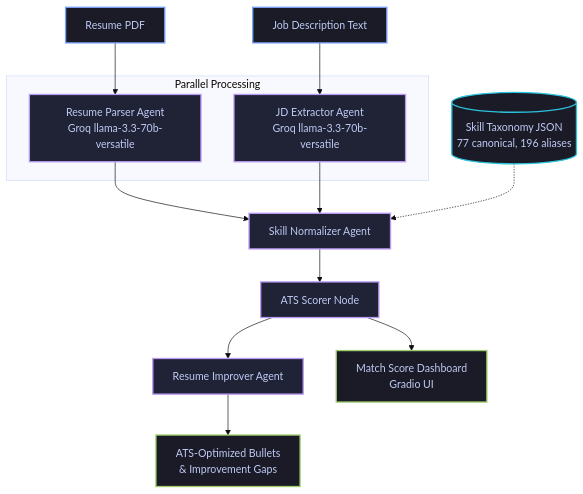
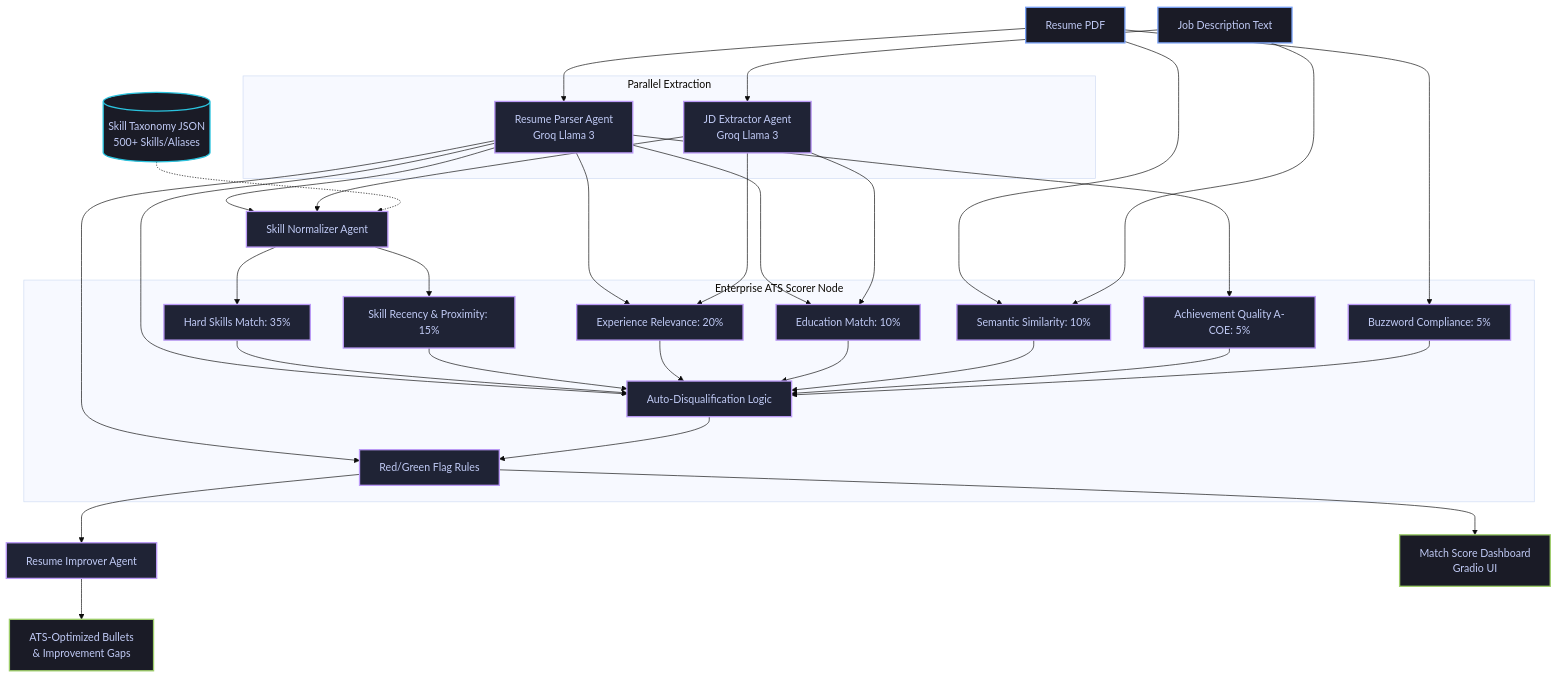
Before and after one commit to naman-fr/PSI_resume_analyser: the diagram in README.md, drawn with Mermaid (base theme). The commit also changed other lines of this file and 24 other files, not shown here.

Commit message:
Upgrade resume analyzer to enterprise ATS standard with advanced metrics, red/green flags, and real JD dataset

````diff
--- a/README.md
+++ b/README.md
@@ -27,36 +27,62 @@
 ```mermaid
 graph TD
     %% Styling
     classDef input fill:#1a1b26,stroke:#7aa2f7,stroke-width:2px,color:#c0caf5;
     classDef agent fill:#1f2335,stroke:#bb9af7,stroke-width:2px,color:#c0caf5;
     classDef database fill:#1a1b26,stroke:#2ac3de,stroke-width:2px,color:#c0caf5;
     classDef output fill:#1a1b26,stroke:#9ece6a,stroke-width:2px,color:#c0caf5;
 
     %% Nodes
     A[Resume PDF]:::input
     B[Job Description Text]:::input
     
-    subgraph Parallel Processing
-        C[Resume Parser Agent<br/>Groq llama-3.3-70b-versatile]:::agent
-        D[JD Extractor Agent<br/>Groq llama-3.3-70b-versatile]:::agent
+    subgraph Parallel Extraction
+        C[Resume Parser Agent<br/>Groq Llama 3]:::agent
+        D[JD Extractor Agent<br/>Groq Llama 3]:::agent
     end
     
     E[Skill Normalizer Agent]:::agent
-    F[(Skill Taxonomy JSON<br/>77 canonical, 196 aliases)]:::database
-    G[ATS Scorer Node]:::agent
+    F[(Skill Taxonomy JSON<br/>500+ Skills/Aliases)]:::database
+    
+    subgraph Enterprise ATS Scorer Node
+        G1[Hard Skills Match: 35%]:::agent
+        G2[Skill Recency & Proximity: 15%]:::agent
+        G3[Experience Relevance: 20%]:::agent
+        G4[Education Match: 10%]:::agent
+        G5[Semantic Similarity: 10%]:::agent
+        G6[Achievement Quality A-COE: 5%]:::agent
+        G7[Buzzword Compliance: 5%]:::agent
+        G8[Auto-Disqualification Logic]:::agent
+        G9[Red/Green Flag Rules]:::agent
+    end
+    
     H[Resume Improver Agent]:::agent
     
     I[Match Score Dashboard<br/>Gradio UI]:::output
     J[ATS-Optimized Bullets<br/>& Improvement Gaps]:::output
 
     %% Edges
     A --> C
     B --> D
     C --> E
     D --> E
     F -.-> E
-    E --> G
-    G --> H
-    G --> I
+    E --> G1
+    E --> G2
+    C --> G3
+    D --> G3
+    C --> G4
+    D --> G4
+    A --> G5
+    B --> G5
+    C --> G6
+    A --> G7
+    C --> G8
+    C --> G9
+    
+    G1 & G2 & G3 & G4 & G5 & G6 & G7 --> G8
+    G8 --> G9
+    G9 --> H
+    G9 --> I
     H --> J
 ```
````
